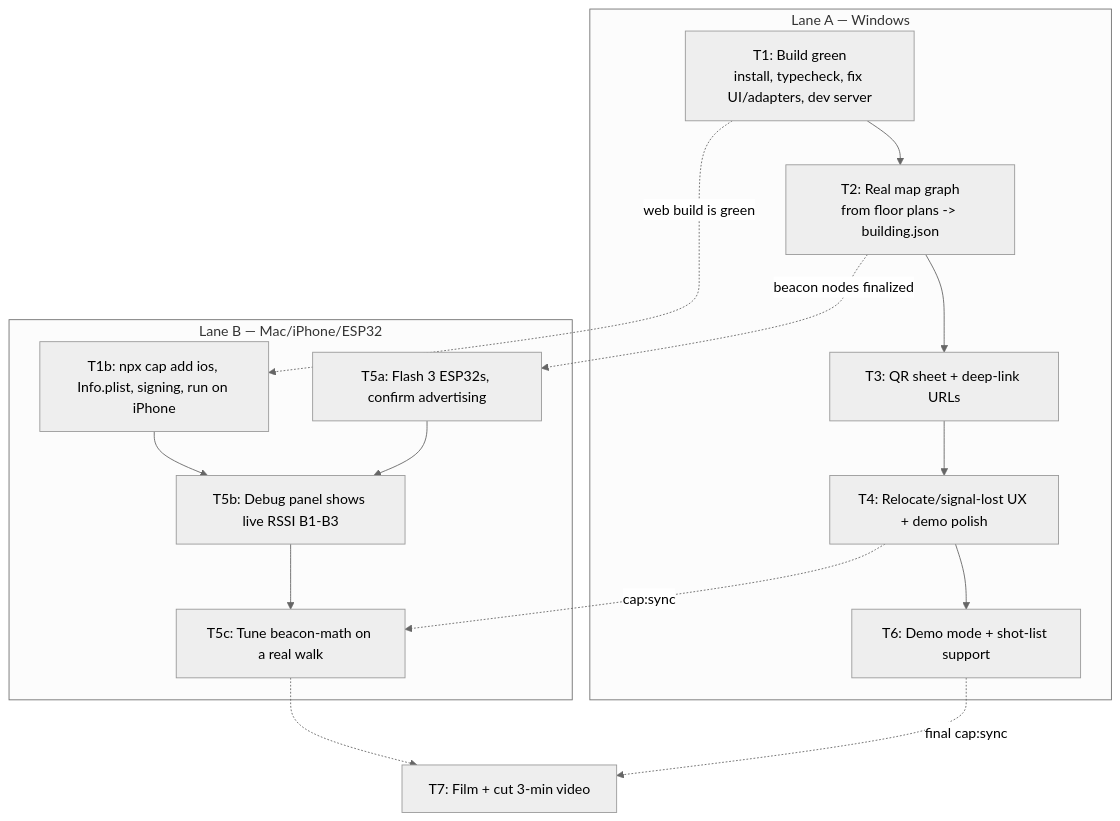
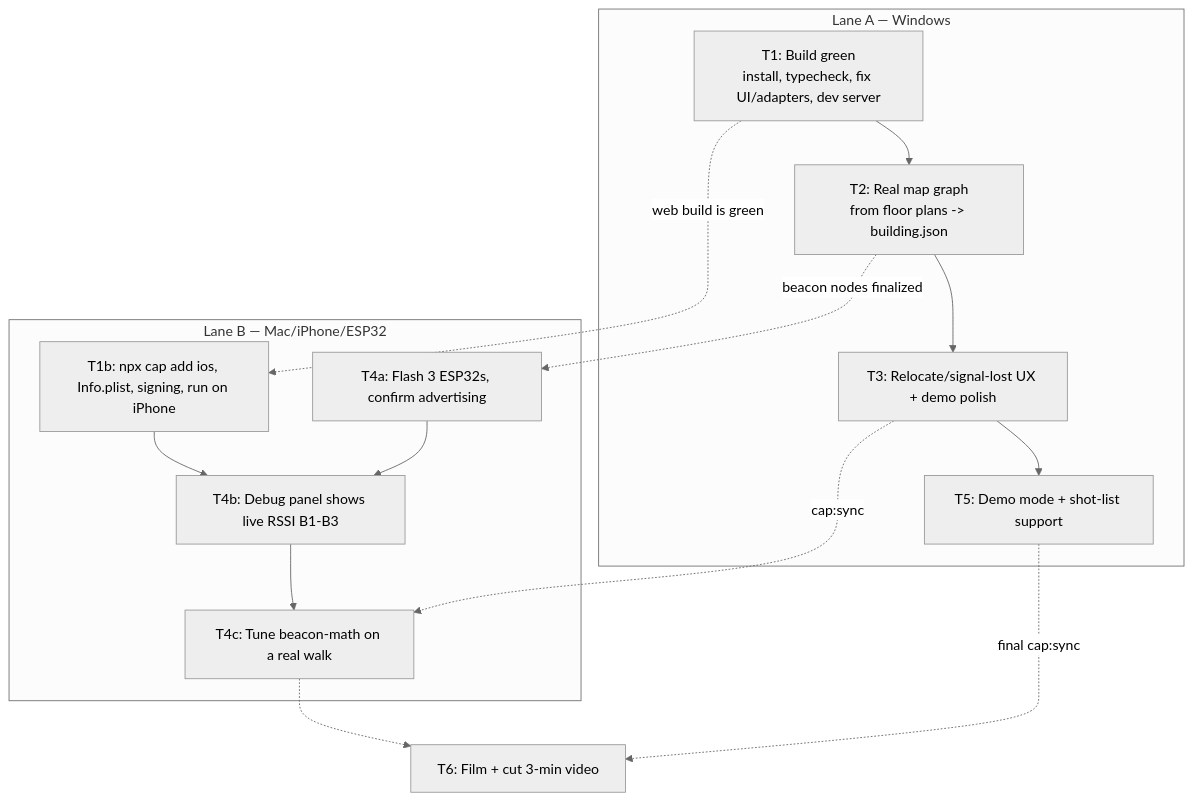
One commit to bajudge2/shortcut changed the diagram in shortcut/HACKATHON_PLAN.md. Above: the diagram before and after it, drawn with Mermaid (neutral theme). The commit also changed other lines of this file and 18 other files, not shown here.

First line of the commit message:
Remove QR codes; fix real map routing and distant beacon snaps

````diff
--- a/shortcut/HACKATHON_PLAN.md
+++ b/shortcut/HACKATHON_PLAN.md
@@ -26,24 +27,23 @@
 ```mermaid
 flowchart TB
   subgraph A["Lane A — Windows"]
     A1["T1: Build green<br/>install, typecheck, fix UI/adapters, dev server"]
     A2["T2: Real map graph<br/>from floor plans -> building.json"]
-    A3["T3: QR sheet + deep-link URLs"]
-    A4["T4: Relocate/signal-lost UX + demo polish"]
-    A5["T6: Demo mode + shot-list support"]
-    A1-->A2-->A3-->A4-->A5
+    A3["T3: Relocate/signal-lost UX + demo polish"]
+    A4["T5: Demo mode + shot-list support"]
+    A1-->A2-->A3-->A4
   end
   subgraph B["Lane B — Mac/iPhone/ESP32"]
     B1["T1b: npx cap add ios, Info.plist, signing, run on iPhone"]
-    B2["T5a: Flash 3 ESP32s, confirm advertising"]
-    B3["T5b: Debug panel shows live RSSI B1-B3"]
-    B4["T5c: Tune beacon-math on a real walk"]
+    B2["T4a: Flash 3 ESP32s, confirm advertising"]
+    B3["T4b: Debug panel shows live RSSI B1-B3"]
+    B4["T4c: Tune beacon-math on a real walk"]
     B1-->B3
     B2-->B3-->B4
   end
   A1-.->|"web build is green"|B1
   A2-.->|"beacon nodes finalized"|B2
-  A4-.->|"cap:sync"|B4
-  A5-.->|"final cap:sync"|FILM["T7: Film + cut 3-min video"]
+  A3-.->|"cap:sync"|B4
+  A4-.->|"final cap:sync"|FILM["T6: Film + cut 3-min video"]
   B4-.->FILM
 ```
````
